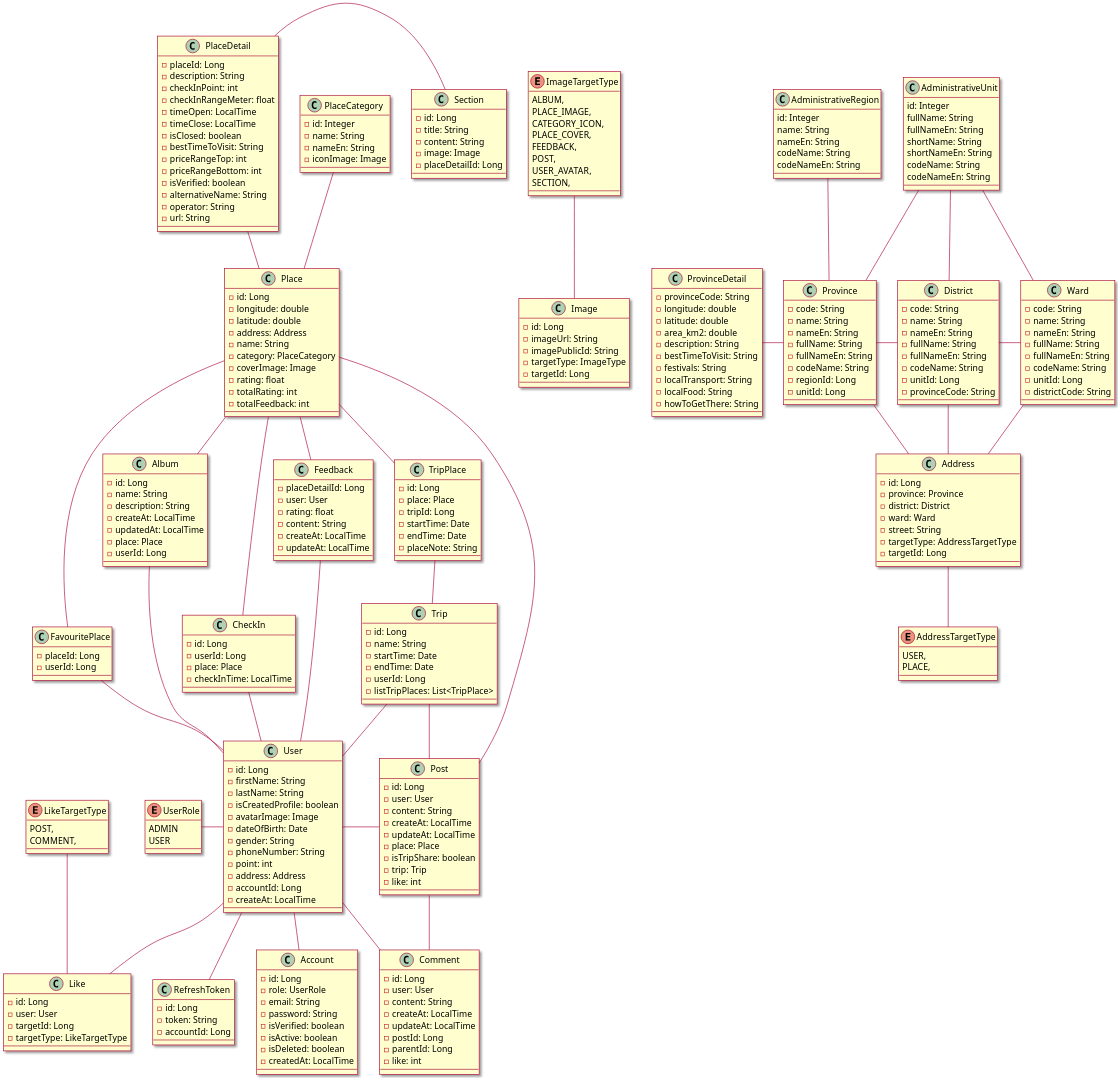
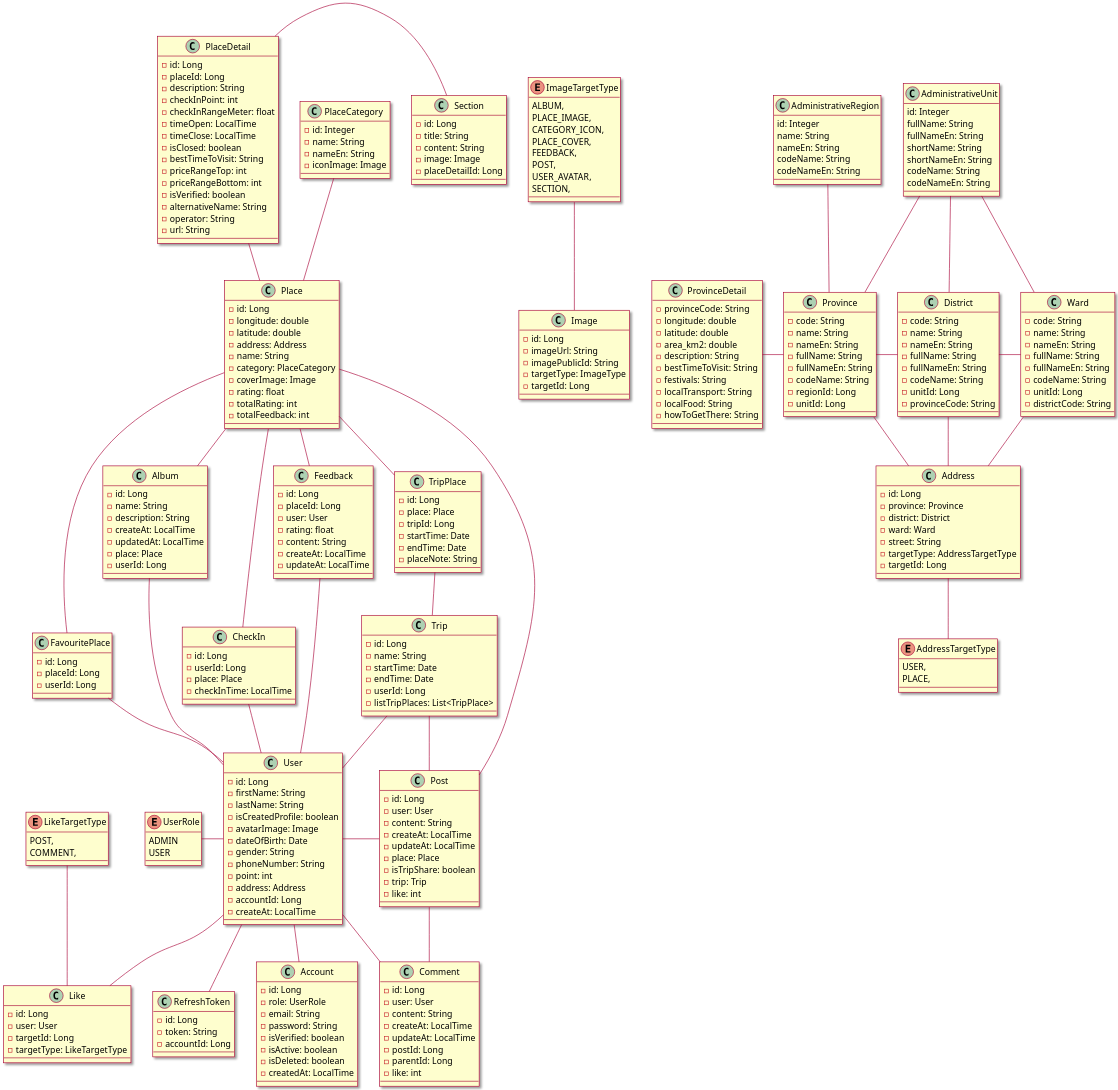
One commit to Griselda4774/WanderFun_Diagram changed the diagram in Class/Class.puml. Above: the diagram before and after it, drawn with PlantUML.

Commit message:
update class

```diff
--- a/Class/Class.puml
+++ b/Class/Class.puml
@@ -157,6 +157,7 @@
 }
 
 class FavouritePlace {
+    - id: Long
     - placeId: Long
     - userId: Long
 }
@@ -175,6 +176,7 @@
 }
 
 class PlaceDetail {
+    - id: Long
     - placeId: Long
     - description: String
     - checkInPoint: int
@@ -192,7 +194,8 @@
 }
 
 class Feedback {
-    - placeDetailId: Long
+    - id: Long
+    - placeId: Long
     - user: User
     - rating: float
     - content: String
```
